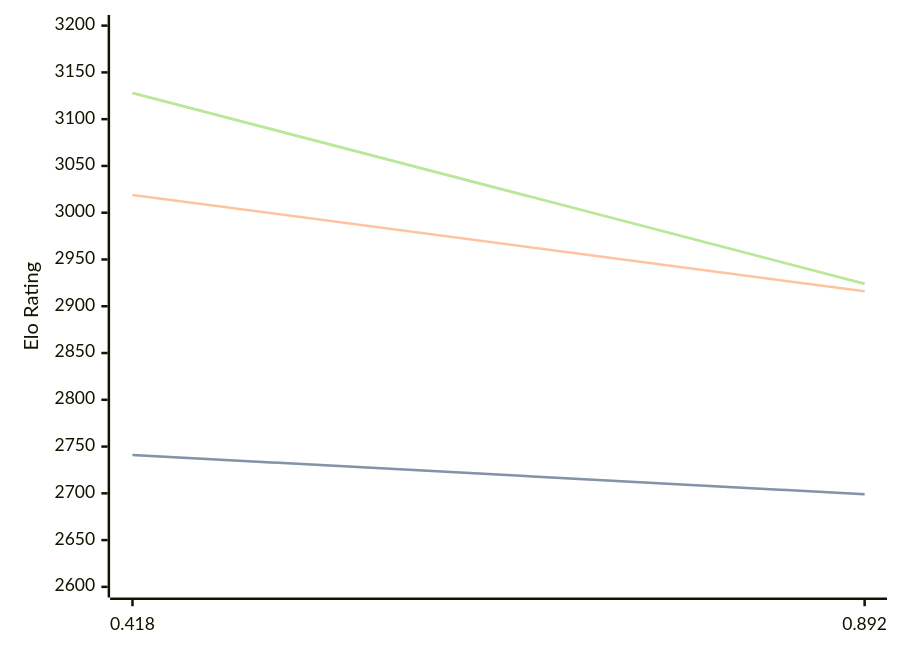
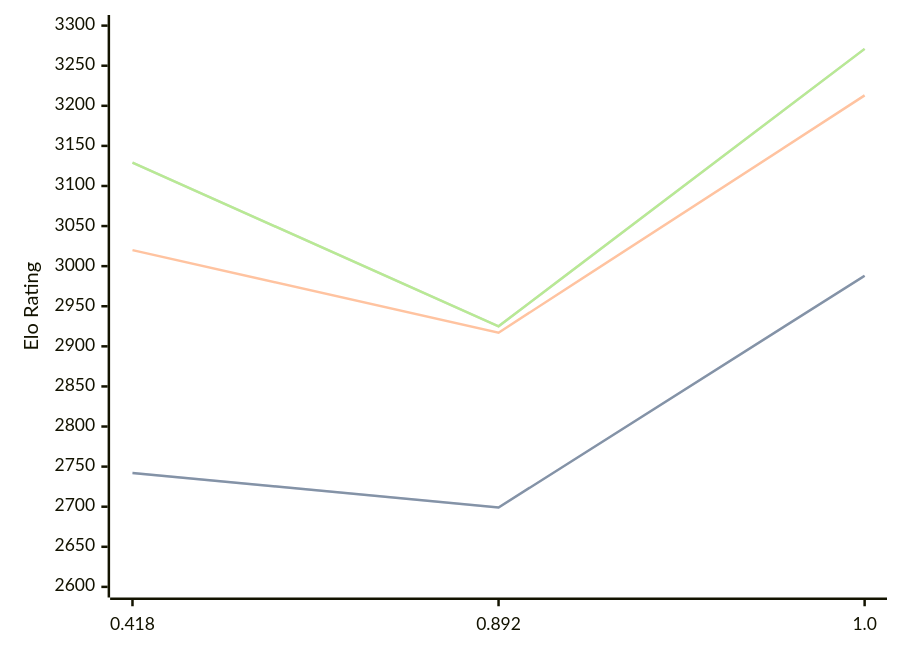
The diagram in engines/Malika.md (computer-chess-index/cci), drawn with Mermaid before and after one commit. The commit also changed other lines of this file, not shown here.

Commit message:
Update CCI Ratings (ELO VLTC) - 2026-03-29

````diff
--- a/engines/Malika.md
+++ b/engines/Malika.md
@@ -33,11 +33,11 @@
 ```mermaid
 %%{init: {"theme":"base","themeVariables":{"seriesColors:['#a3a3a3','#222221','#faa371']}}}%%
 xychart-beta
-  x-axis ["0.418", "0.892"]
-  y-axis "Elo Rating" 2600 --> 3200
-  line "STC (8.0+0.08s)" [2741, 2699]
-  line "STC (8.0+0.08s)" [2741, 2699]
-  line "LTC (60.0+0.60s)" [3019, 2916]
-  line "VLTC (2m24s+1.12s)" [3128, 2924]
-  line "VLTC (2m24s+1.12s)" [3128, 2924]
+  x-axis ["0.418", "0.892", "1.0"]
+  y-axis "Elo Rating" 2600 --> 3300
+  line "STC (8.0+0.08s)" [2742, 2699, 2988]
+  line "STC (8.0+0.08s)" [2742, 2699, 2988]
+  line "LTC (60.0+0.60s)" [3020, 2917, 3213]
+  line "VLTC (2m24s+1.12s)" [3129, 2925, 3271]
+  line "VLTC (2m24s+1.12s)" [3129, 2925, 3271]
 ```
````
